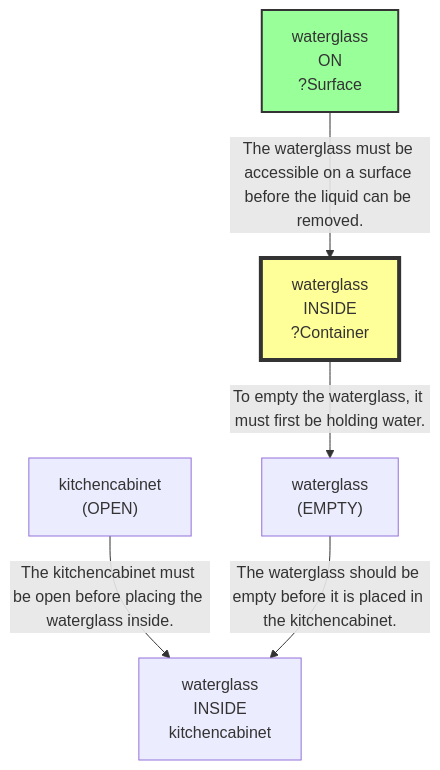
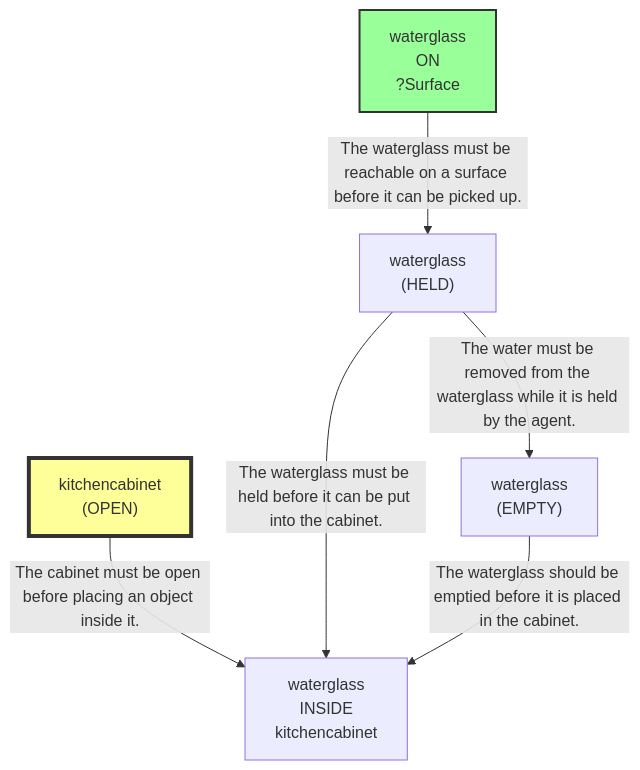
One commit to scuama/virtualhome changed the first of 3 diagrams in evaluation/results/table1/_raw/robostate/run_T1_INST_G1_05_vague.md. Above: the diagram before and after it, drawn with Mermaid. The commit also changed other lines of this file and 46 other files, not shown here.

````diff
--- a/evaluation/results/table1/_raw/robostate/run_T1_INST_G1_05_vague.md
+++ b/evaluation/results/table1/_raw/robostate/run_T1_INST_G1_05_vague.md
@@ -107,14 +109,15 @@
 ```mermaid
 graph TD
-    N1["waterglass<br>INSIDE<br>?Container"]
-    style N1 fill:#ff9,stroke:#333,stroke-width:4px
-    N2["waterglass<br>ON<br>?Surface"]
-    style N2 fill:#9f9,stroke:#333,stroke-width:2px
-    N3["waterglass<br>(EMPTY)"]
+    N1["waterglass<br>ON<br>?Surface"]
+    style N1 fill:#9f9,stroke:#333,stroke-width:2px
+    N2["waterglass<br>(HELD)"]
+    N3["kitchencabinet<br>(OPEN)"]
+    style N3 fill:#ff9,stroke:#333,stroke-width:4px
     N4["waterglass<br>INSIDE<br>kitchencabinet"]
-    N5["kitchencabinet<br>(OPEN)"]
-    N1 -->|"To empty the waterglass, it must first be holding water."| N3
-    N2 -->|"The waterglass must be accessible on a surface before the liquid can be removed."| N1
-    N5 -->|"The kitchencabinet must be open before placing the waterglass inside."| N4
-    N3 -->|"The waterglass should be empty before it is placed in the kitchencabinet."| N4
+    N5["waterglass<br>(EMPTY)"]
+    N1 -->|"The waterglass must be reachable on a surface before it can be picked up."| N2
+    N2 -->|"The water must be removed from the waterglass while it is held by the agent."| N5
+    N3 -->|"The cabinet must be open before placing an object inside it."| N4
+    N2 -->|"The waterglass must be held before it can be put into the cabinet."| N4
+    N5 -->|"The waterglass should be emptied before it is placed in the cabinet."| N4
 ```
````
